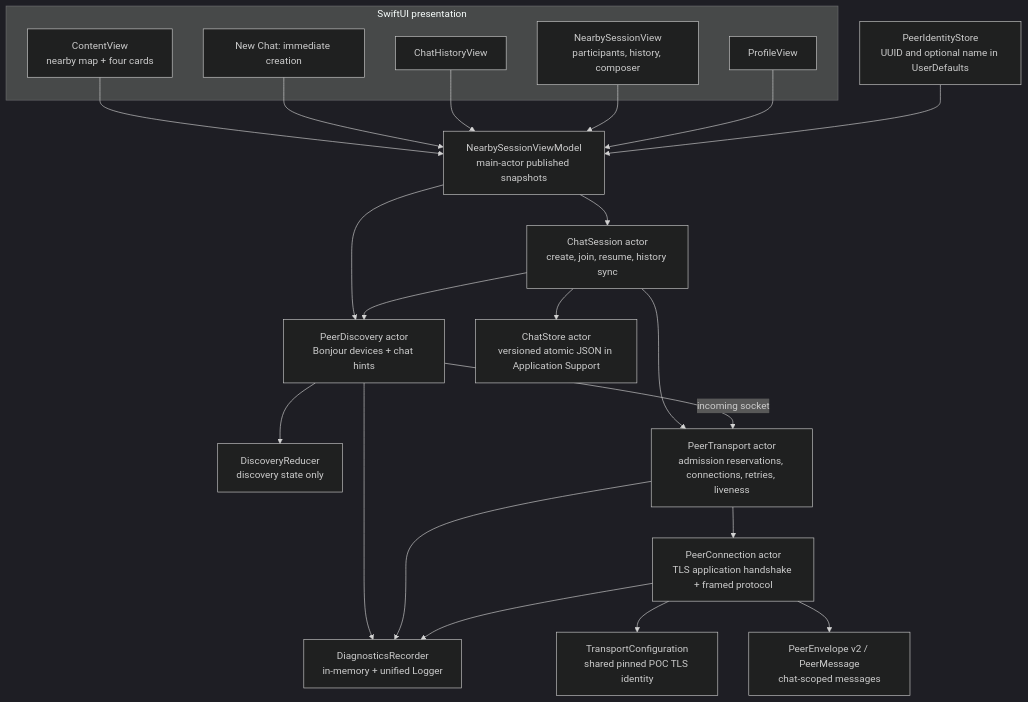
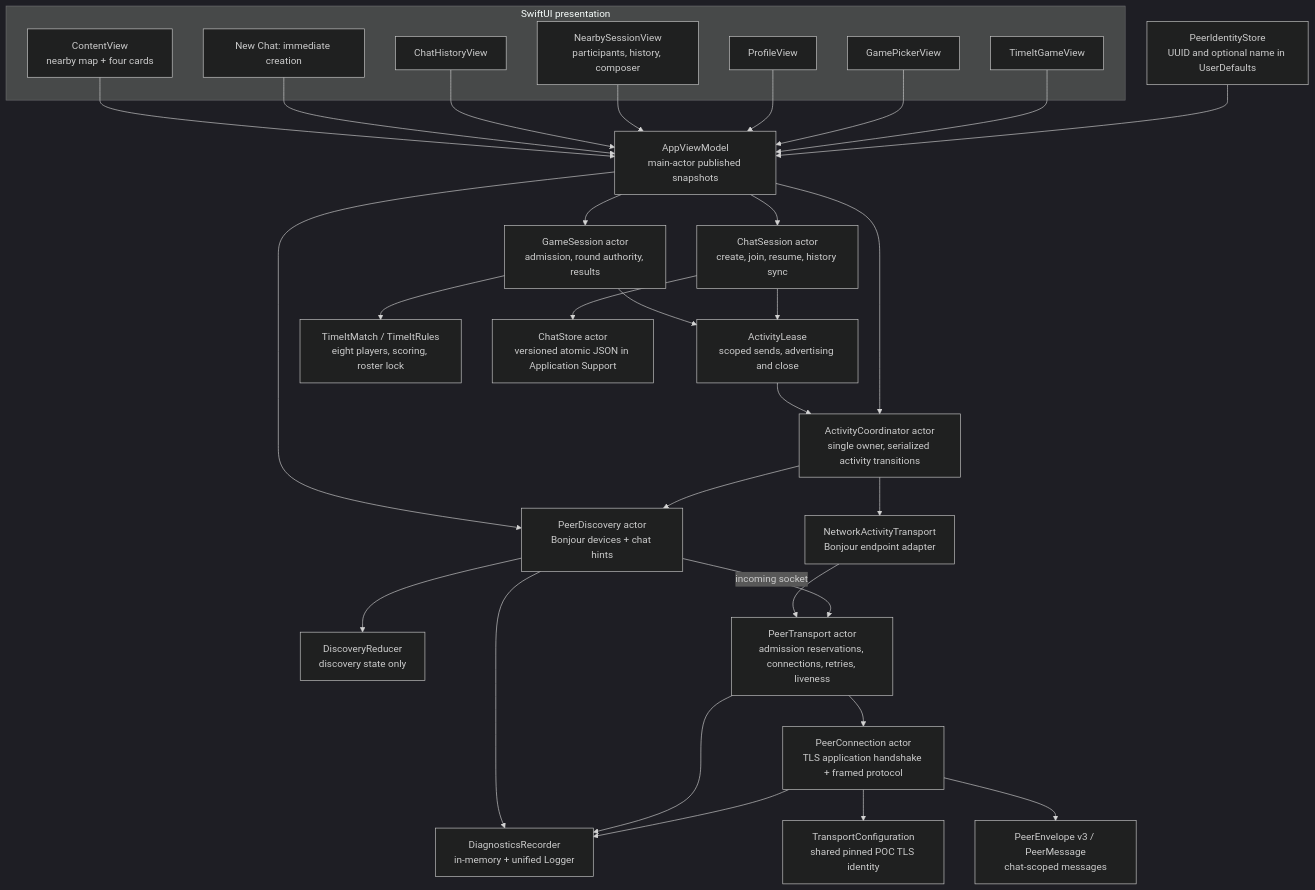
The first of 5 diagrams in docs/system-diagrams.md (PembaD/subwaylorePoC), drawn with Mermaid (dark theme) before and after one commit. The commit also changed other lines of this file and 29 other files, not shown here.

Commit message:
Add multiplayer Time It game and scoped activity lifecycle

````diff
--- a/docs/system-diagrams.md
+++ b/docs/system-diagrams.md
@@ -7,41 +7,57 @@
 ```mermaid
 flowchart TB
     subgraph UI["SwiftUI presentation"]
         Landing["ContentView<br/>nearby map + four cards"]
         Create["New Chat: immediate creation"]
         History["ChatHistoryView"]
         ChatUI["NearbySessionView<br/>participants, history, composer"]
         Profile["ProfileView"]
+        GamePicker["GamePickerView"]
+        GameScreen["TimeItGameView"]
     end
-    VM["NearbySessionViewModel<br/>main-actor published snapshots"]
+    VM["AppViewModel<br/>main-actor published snapshots"]
     Discovery["PeerDiscovery actor<br/>Bonjour devices + chat hints"]
     Reducer["DiscoveryReducer<br/>discovery state only"]
     Session["ChatSession actor<br/>create, join, resume, history sync"]
+    Leases["ActivityLease<br/>scoped sends, advertising and close"]
+    Coordinator["ActivityCoordinator actor<br/>single owner, serialized activity transitions"]
+    Adapter["NetworkActivityTransport<br/>Bonjour endpoint adapter"]
+    Game["GameSession actor<br/>admission, round authority, results"]
+    Rules["TimeItMatch / TimeItRules<br/>eight players, scoring, roster lock"]
     Store["ChatStore actor<br/>versioned atomic JSON in Application Support"]
     Transport["PeerTransport actor<br/>admission reservations, connections, retries, liveness"]
     Connection["PeerConnection actor<br/>TLS application handshake + framed protocol"]
-    Protocol["PeerEnvelope v2 / PeerMessage<br/>chat-scoped messages"]
+    Protocol["PeerEnvelope v3 / PeerMessage<br/>chat-scoped messages"]
     Trust["TransportConfiguration<br/>shared pinned POC TLS identity"]
     Identity["PeerIdentityStore<br/>UUID and optional name in UserDefaults"]
     Logs["DiagnosticsRecorder<br/>in-memory + unified Logger"]
 
     Landing --> VM
     Create --> VM
     History --> VM
     ChatUI --> VM
     Profile --> VM
+    GamePicker --> VM
+    GameScreen --> VM
+    VM --> Game
+    Game --> Rules
+    Game --> Leases
     Identity --> VM
     VM --> Discovery
     Discovery --> Reducer
     VM --> Session
     Session --> Store
-    Session --> Discovery
-    Session --> Transport
+    Session --> Leases
+    Leases --> Coordinator
+    VM --> Coordinator
+    Coordinator --> Adapter
+    Coordinator --> Discovery
+    Adapter --> Transport
     Discovery -->|incoming socket| Transport
     Transport --> Connection
     Connection --> Protocol
     Connection --> Trust
     Discovery --> Logs
     Transport --> Logs
     Connection --> Logs
 ```
````
